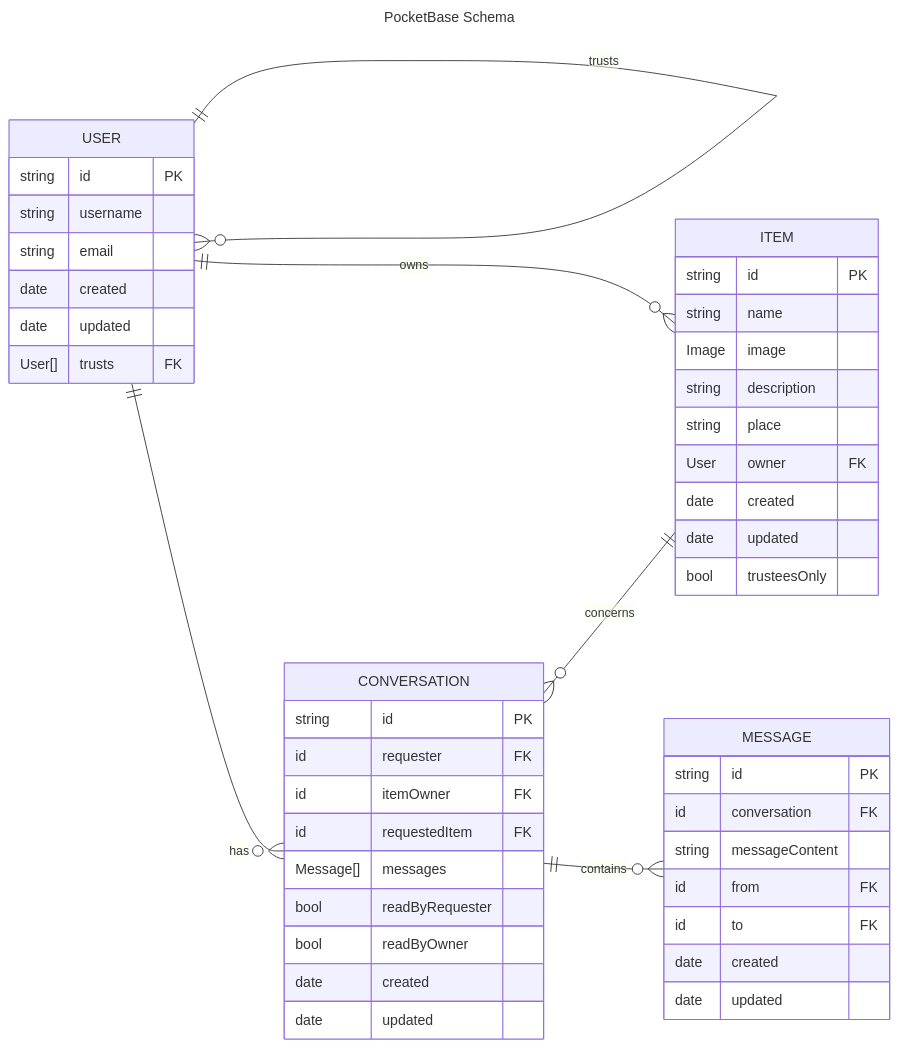
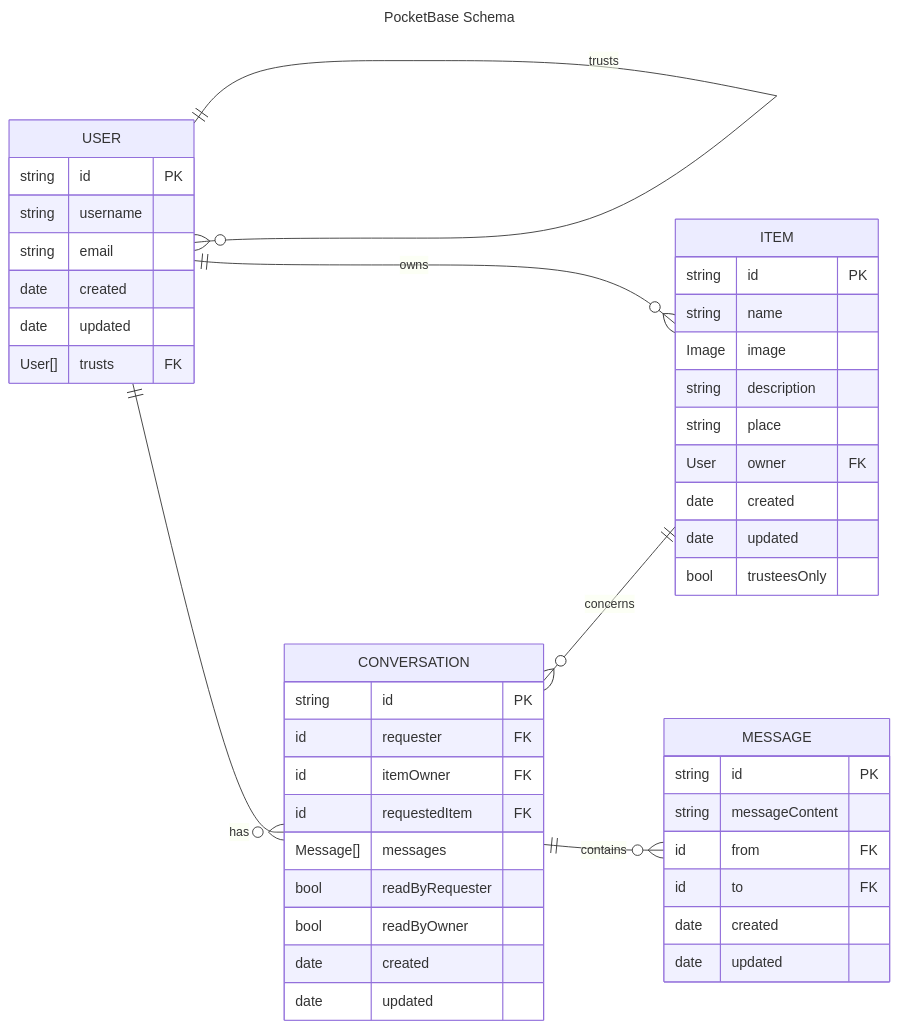
One commit to share-open-sharing-infrastructure/share-mvp changed the diagram in docs/data-model.md. Above: the diagram before and after it, drawn with Mermaid. The commit also changed 2 other files, not shown here.

Commit message:
feat: update data and domain models

````diff
--- a/docs/data-model.md
+++ b/docs/data-model.md
@@ -7,58 +7,59 @@
 ```mermaid
 ---
 title: PocketBase Schema
 ---
 erDiagram
     direction LR
+
     USER{
         string id PK
         string username
         string email
         date created
         date updated
         User[] trusts FK
     }
+    
     USER 1 to zero or more USER: "trusts"
 
     ITEM{
         string id PK
         string name
         Image image
         string description
         string place
         User owner FK
         date created
         date updated
         bool trusteesOnly
     }
 
     USER 1 to zero or more ITEM: owns
 
     CONVERSATION{
         string id PK
         id requester FK
         id itemOwner FK
         id requestedItem FK
         Message[] messages
         bool readByRequester
         bool readByOwner
         date created
         date updated
     }
 
     USER 1 to zero or more CONVERSATION: has
     CONVERSATION zero or more to 1 ITEM: concerns
 
     MESSAGE{
         string id PK
-        id conversation FK
         string messageContent
         id from FK
         id to FK
         date created
         date updated
     }
     
     CONVERSATION 1 to zero or more MESSAGE: contains
 
 ```
````
